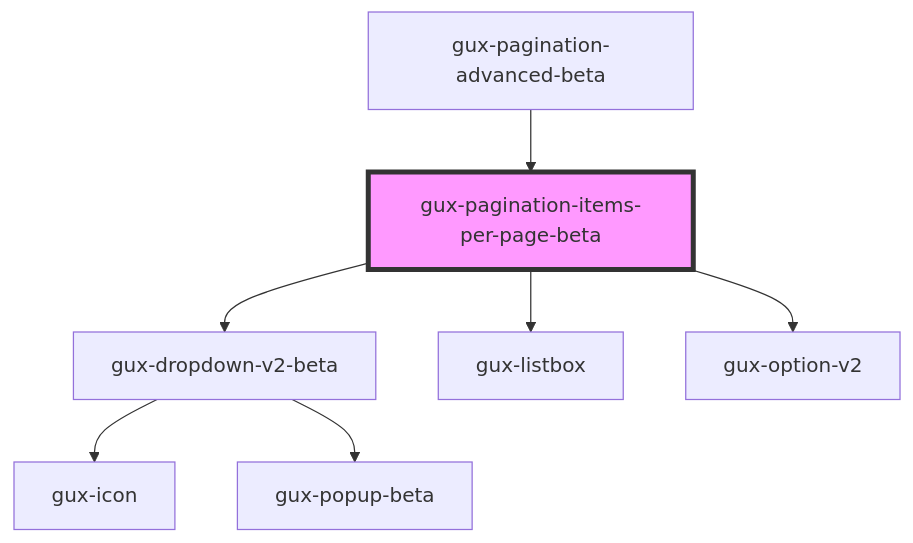
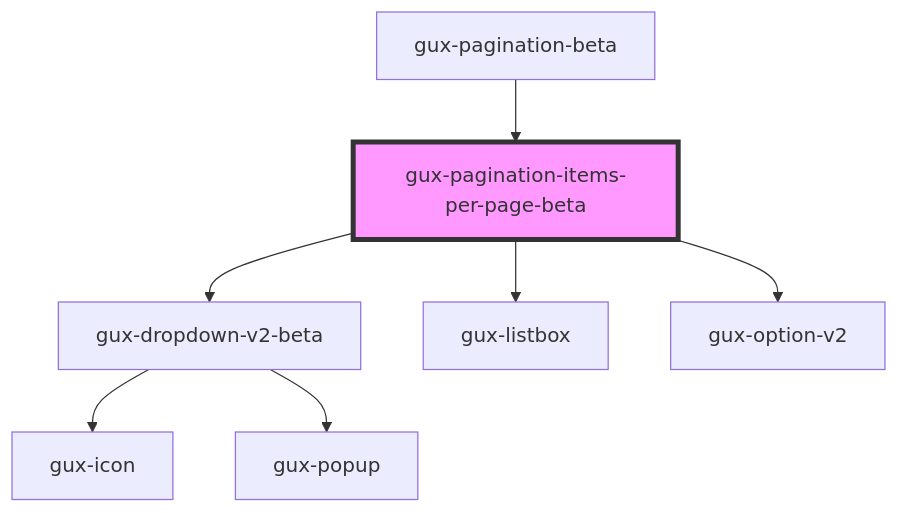
The diagram in src/components/beta/gux-pagination-beta/gux-pagination-items-per-page-beta/readme.md (MyPureCloud/genesys-spark), drawn with Mermaid before and after one commit. The commit also changed other lines of this file and 124 other files, not shown here.

Commit message:
feat(gux-pagination-beta): addressed pr feedback

````diff
--- a/src/components/beta/gux-pagination-beta/gux-pagination-items-per-page-beta/readme.md
+++ b/src/components/beta/gux-pagination-beta/gux-pagination-items-per-page-beta/readme.md
@@ -36,10 +36,10 @@
 ```mermaid
 graph TD;
   gux-pagination-items-per-page-beta --> gux-dropdown-v2-beta
   gux-pagination-items-per-page-beta --> gux-listbox
   gux-pagination-items-per-page-beta --> gux-option-v2
   gux-dropdown-v2-beta --> gux-icon
-  gux-dropdown-v2-beta --> gux-popup-beta
-  gux-pagination-advanced-beta --> gux-pagination-items-per-page-beta
+  gux-dropdown-v2-beta --> gux-popup
+  gux-pagination-beta --> gux-pagination-items-per-page-beta
   style gux-pagination-items-per-page-beta fill:#f9f,stroke:#333,stroke-width:4px
 ```
````
